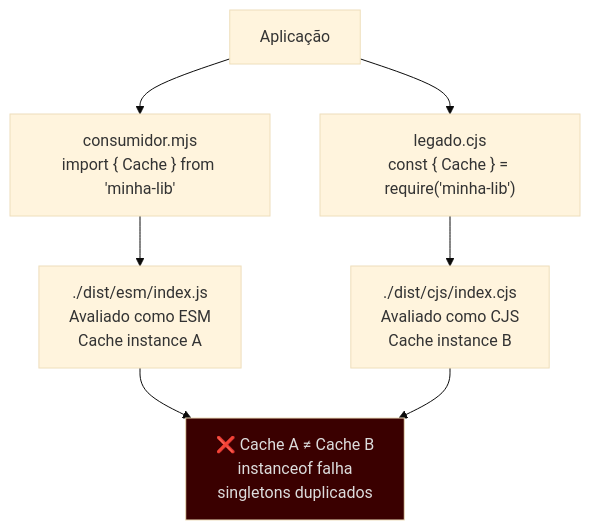
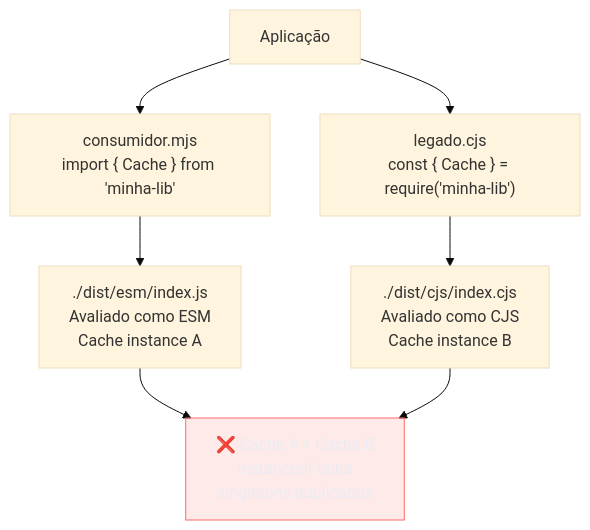
One commit to josenaldo/codex-technomanticus changed the fifth of 7 diagrams in 03-Dominios/Tecnologia/Tooling e Build/06 - ESM e CJS e o sistema de módulos.md. Above: the diagram before and after it, drawn with Mermaid (base theme). The commit also changed other lines of this file and 1181 other files, not shown here.

First line of the commit message:
fix(diagramas): paleta do sistema no lugar de cor cravada no markdown

````diff
--- a/03-Dominios/Tecnologia/Tooling e Build/06 - ESM e CJS e o sistema de módulos.md
+++ b/03-Dominios/Tecnologia/Tooling e Build/06 - ESM e CJS e o sistema de módulos.md
@@ -497,21 +503,22 @@
 ```mermaid
 flowchart TD
+    classDef falha fill:#FF6B6B24,stroke:#FF6B6B,color:#E9ECF2
     APP["Aplicação"]
     
     ESM_CONSUMER["consumidor.mjs\nimport { Cache } from 'minha-lib'"]
     CJS_CONSUMER["legado.cjs\nconst { Cache } = require('minha-lib')"]
 
     ESM_BUILD["./dist/esm/index.js\nAvaliado como ESM\nCache instance A"]
     CJS_BUILD["./dist/cjs/index.cjs\nAvaliado como CJS\nCache instance B"]
 
     HAZARD["❌ Cache A ≠ Cache B\ninstanceof falha\nsingletons duplicados"]
 
     APP --> ESM_CONSUMER
     APP --> CJS_CONSUMER
     ESM_CONSUMER --> ESM_BUILD
     CJS_CONSUMER --> CJS_BUILD
     ESM_BUILD --> HAZARD
     CJS_BUILD --> HAZARD
 
-    style HAZARD fill:#3a0000,color:#ddd
+    class HAZARD falha
 ```
````
